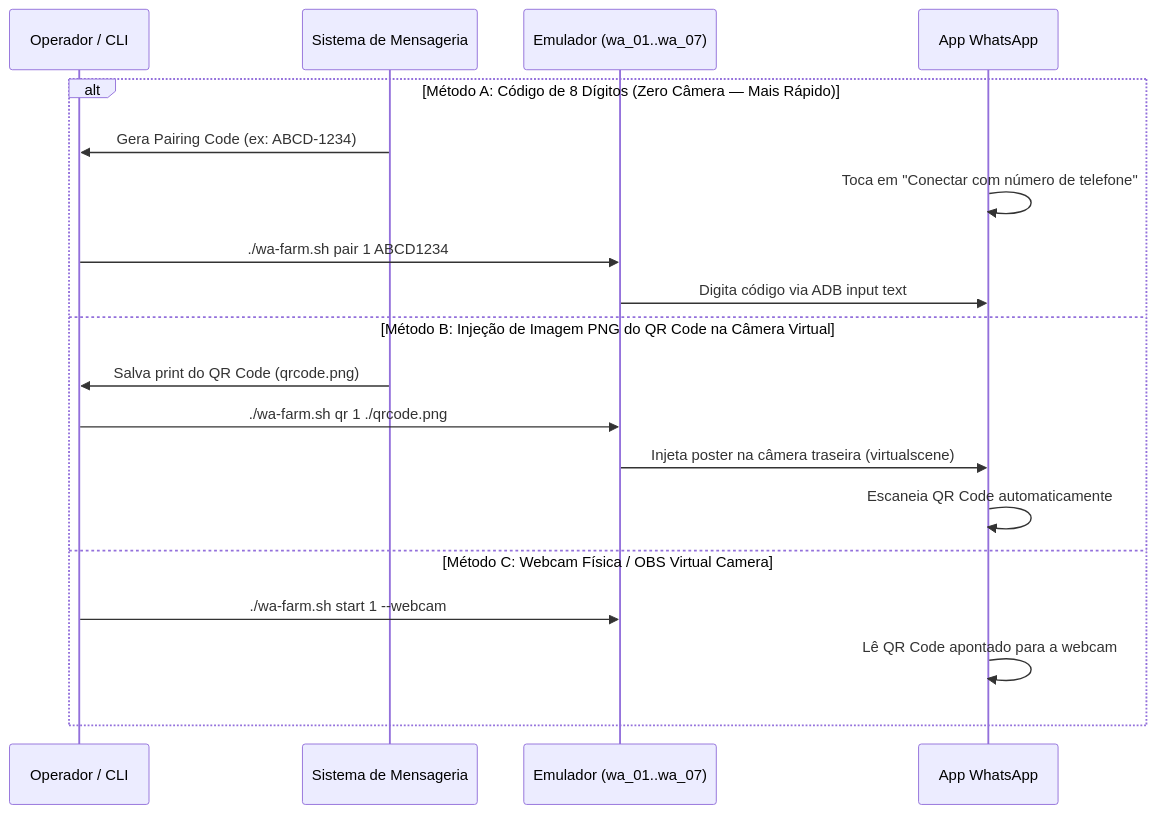
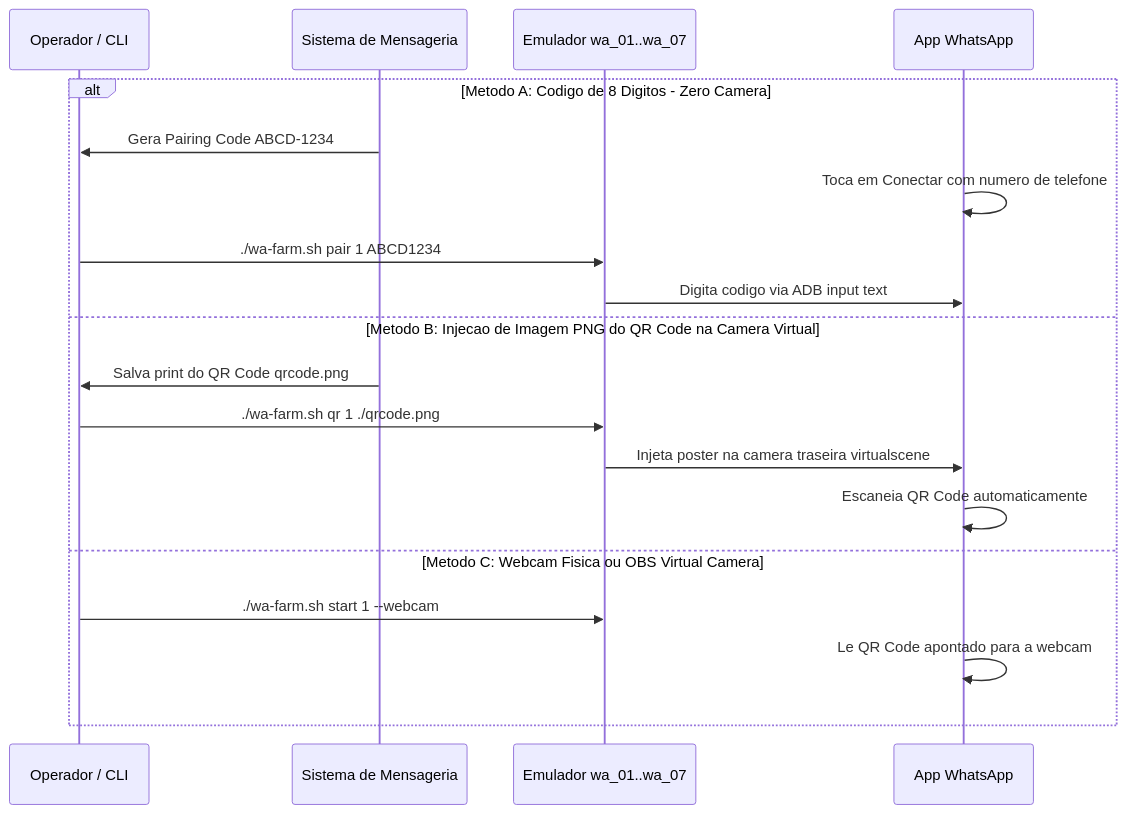
Before and after one commit to rogerin/wa-farm: the second of 2 diagrams in README.md, drawn with Mermaid. The commit also changed other lines of this file and 1 other file, not shown here.

Commit message:
fix(docs): remove unquoted parentheses and newlines in mermaid edge labels

````diff
--- a/README.md
+++ b/README.md
@@ -119,22 +119,22 @@
 ```mermaid
 sequenceDiagram
     participant Dev as Operador / CLI
     participant Msg as Sistema de Mensageria
-    participant Emu as Emulador (wa_01..wa_07)
+    participant Emu as Emulador wa_01..wa_07
     participant WA as App WhatsApp
 
-    alt Método A: Código de 8 Dígitos (Zero Câmera — Mais Rápido)
-        Msg->>Dev: Gera Pairing Code (ex: ABCD-1234)
-        WA->>WA: Toca em "Conectar com número de telefone"
+    alt Metodo A: Codigo de 8 Digitos - Zero Camera
+        Msg->>Dev: Gera Pairing Code ABCD-1234
+        WA->>WA: Toca em Conectar com numero de telefone
         Dev->>Emu: ./wa-farm.sh pair 1 ABCD1234
-        Emu->>WA: Digita código via ADB input text
-    else Método B: Injeção de Imagem PNG do QR Code na Câmera Virtual
-        Msg->>Dev: Salva print do QR Code (qrcode.png)
+        Emu->>WA: Digita codigo via ADB input text
+    else Metodo B: Injecao de Imagem PNG do QR Code na Camera Virtual
+        Msg->>Dev: Salva print do QR Code qrcode.png
         Dev->>Emu: ./wa-farm.sh qr 1 ./qrcode.png
-        Emu->>WA: Injeta poster na câmera traseira (virtualscene)
+        Emu->>WA: Injeta poster na camera traseira virtualscene
         WA->>WA: Escaneia QR Code automaticamente
-    else Método C: Webcam Física / OBS Virtual Camera
+    else Metodo C: Webcam Fisica ou OBS Virtual Camera
         Dev->>Emu: ./wa-farm.sh start 1 --webcam
-        WA->>WA: Lê QR Code apontado para a webcam
+        WA->>WA: Le QR Code apontado para a webcam
     end
 ```
````
